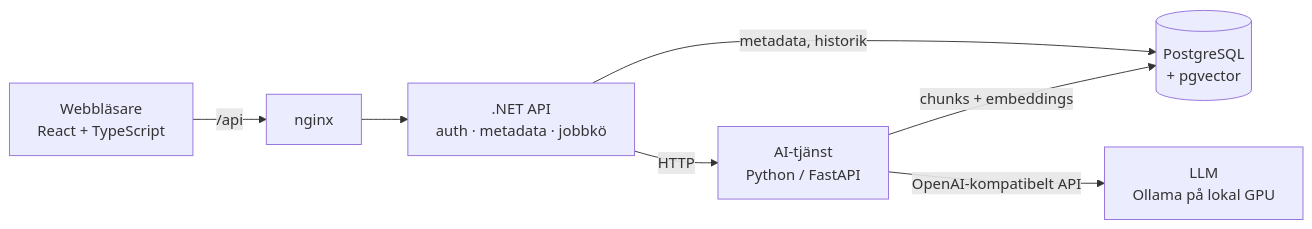
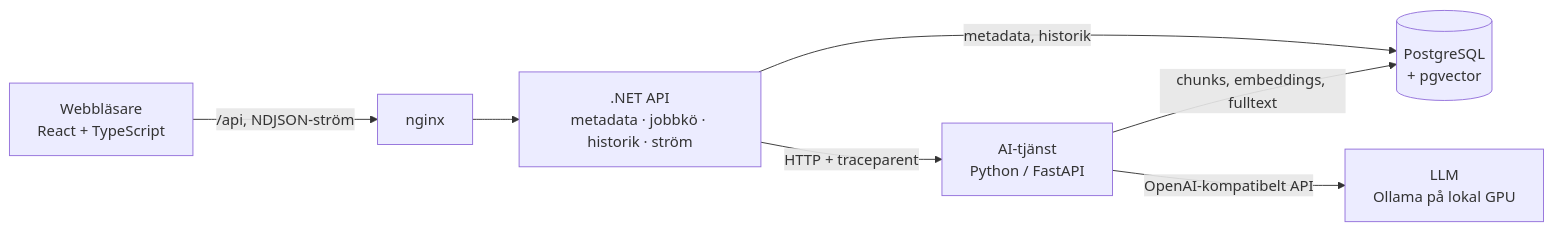
The diagram in README.md (n00rp/Rag-Project), drawn with Mermaid before and after one commit. The commit also changed other lines of this file and 11 other files, not shown here.

````diff
--- a/README.md
+++ b/README.md
@@ -21,9 +38,9 @@
 ```mermaid
 flowchart LR
-    B[Webbläsare<br/>React + TypeScript] -->|/api| N[nginx]
-    N --> A[.NET API<br/>auth · metadata · jobbkö]
+    B[Webbläsare<br/>React + TypeScript] -->|/api, NDJSON-ström| N[nginx]
+    N --> A[.NET API<br/>metadata · jobbkö · historik · ström]
     A -->|metadata, historik| P[(PostgreSQL<br/>+ pgvector)]
-    A -->|HTTP| S[AI-tjänst<br/>Python / FastAPI]
-    S -->|chunks + embeddings| P
+    A -->|HTTP + traceparent| S[AI-tjänst<br/>Python / FastAPI]
+    S -->|chunks, embeddings, fulltext| P
     S -->|OpenAI-kompatibelt API| L[LLM<br/>Ollama på lokal GPU]
 ```
````
